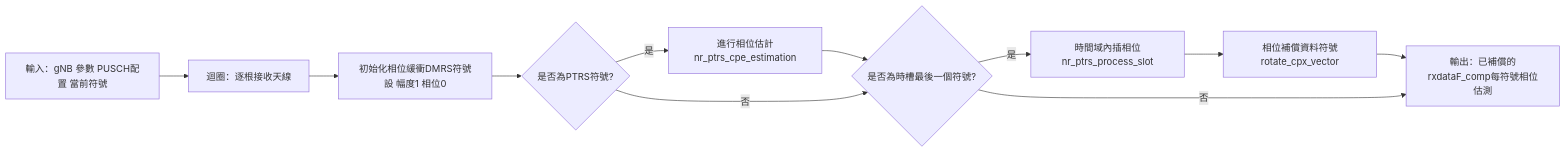
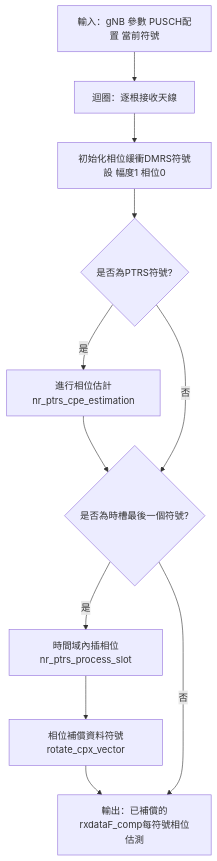
One commit to zongyi0311/o-ran-background-knowledge changed diagram 12 of 13 in project.md. Above: the diagram before and after it, drawn with Mermaid. The commit also changed other lines of this file, not shown here.

````diff
--- a/project.md
+++ b/project.md
@@ -269,19 +250,19 @@
 ```mermaid
-flowchart LR
+flowchart TD
   IN[輸入：gNB 參數 PUSCH配置 當前符號]
   LOOPA[迴圈：逐根接收天線]
   INIT[初始化相位緩衝DMRS符號設 幅度1 相位0]
   PTRSCHECK{是否為PTRS符號?}
   EST[進行相位估計nr_ptrs_cpe_estimation]
   LASTCHECK{是否為時槽最後一個符號?}
   INTERP[時間域內插相位nr_ptrs_process_slot]
   ROTATE[相位補償資料符號rotate_cpx_vector]
   OUT[輸出：已補償的rxdataF_comp每符號相位估測]
 
   IN --> LOOPA --> INIT --> PTRSCHECK
   PTRSCHECK -->|是| EST --> LASTCHECK
   PTRSCHECK -->|否| LASTCHECK
   LASTCHECK -->|是| INTERP --> ROTATE --> OUT
   LASTCHECK -->|否| OUT
 
 ```
````
